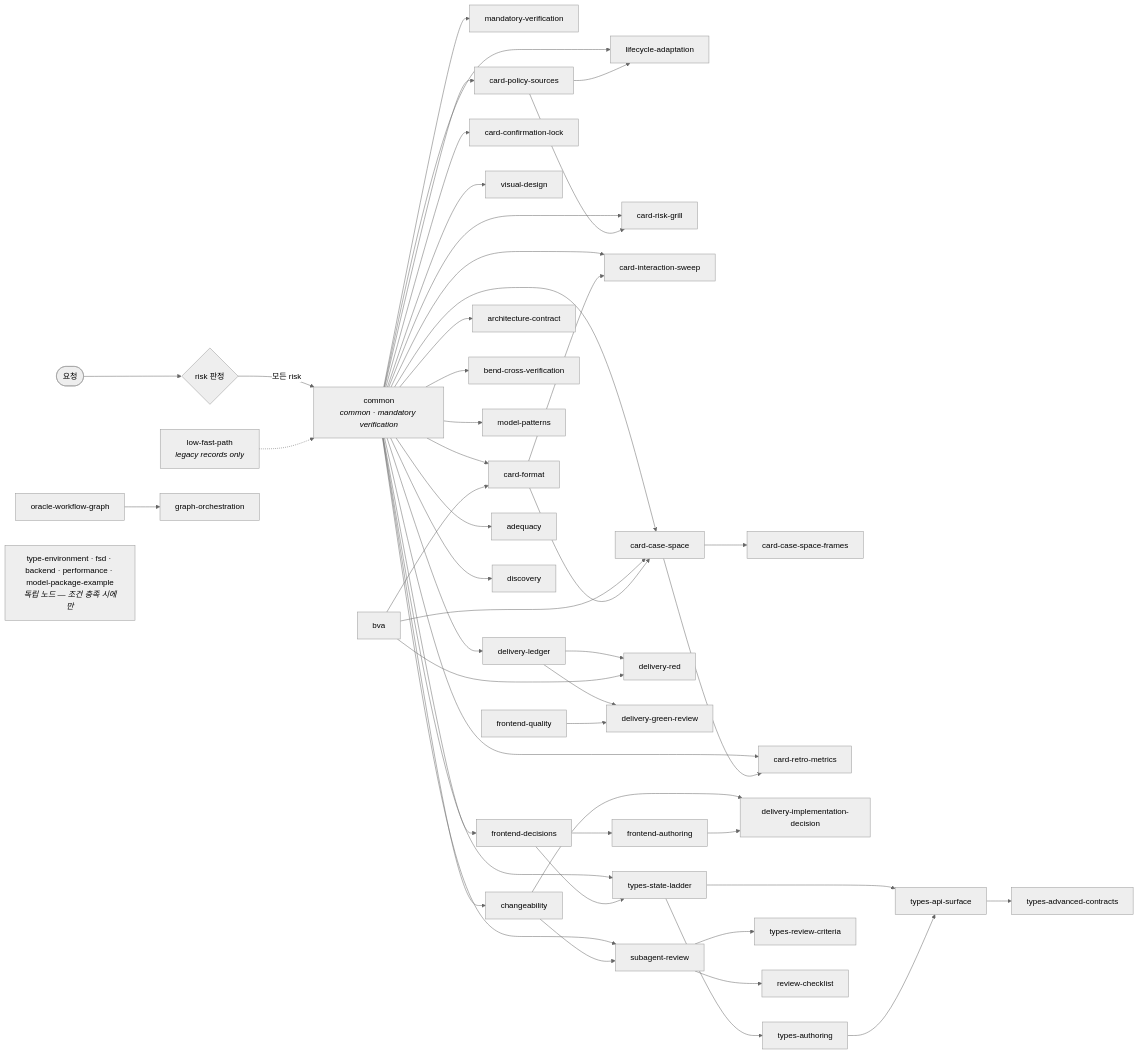
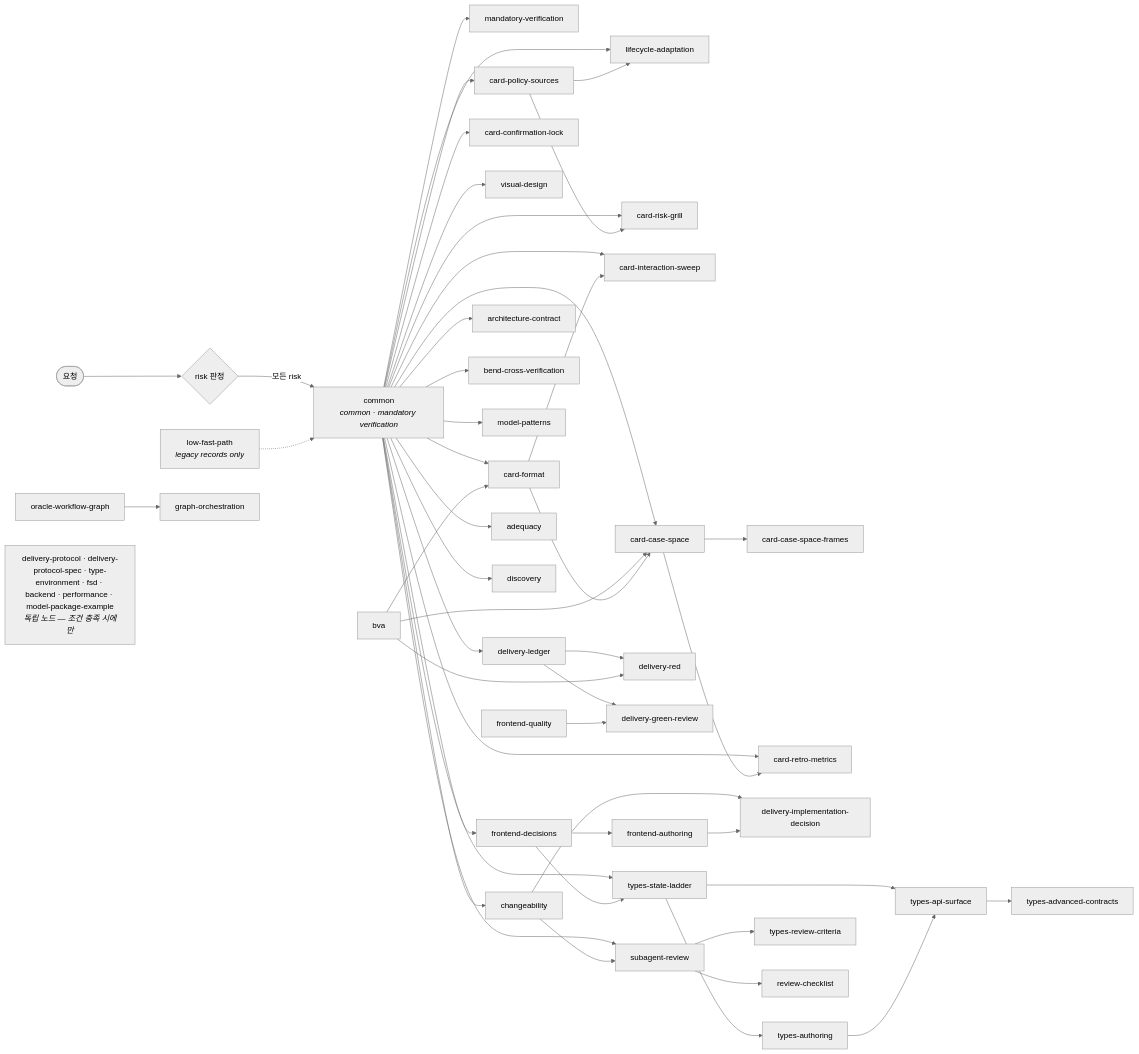
One commit to lodado/shareds changed the second of 2 diagrams in packages/frontend-oracle-design/skills/README.md. Above: the diagram before and after it, drawn with Mermaid (neutral theme). The commit also changed 23 other files, not shown here.

````diff
--- a/packages/frontend-oracle-design/skills/README.md
+++ b/packages/frontend-oracle-design/skills/README.md
@@ -229,5 +229,5 @@
   common --> model_patterns
   common --> adequacy
   common --> discovery
-  IND["type-environment · fsd · backend · performance · model-package-example<br/><i>독립 노드 — 조건 충족 시에만</i>"]
+  IND["delivery-protocol · delivery-protocol-spec · type-environment · fsd · backend · performance · model-package-example<br/><i>독립 노드 — 조건 충족 시에만</i>"]
 ```
````
